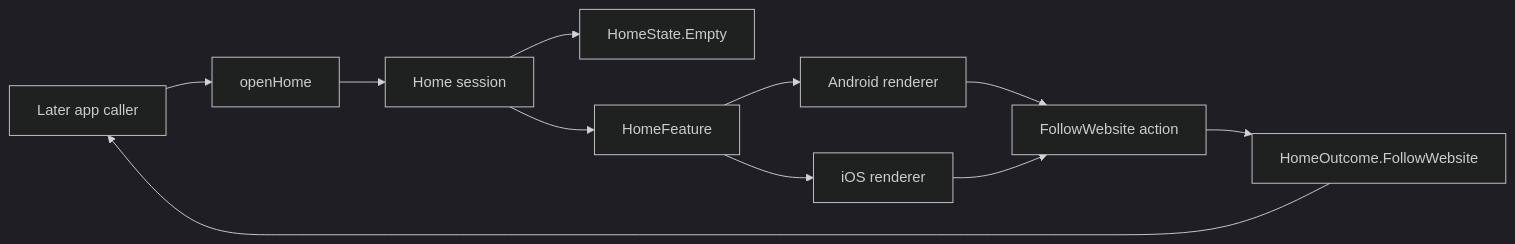
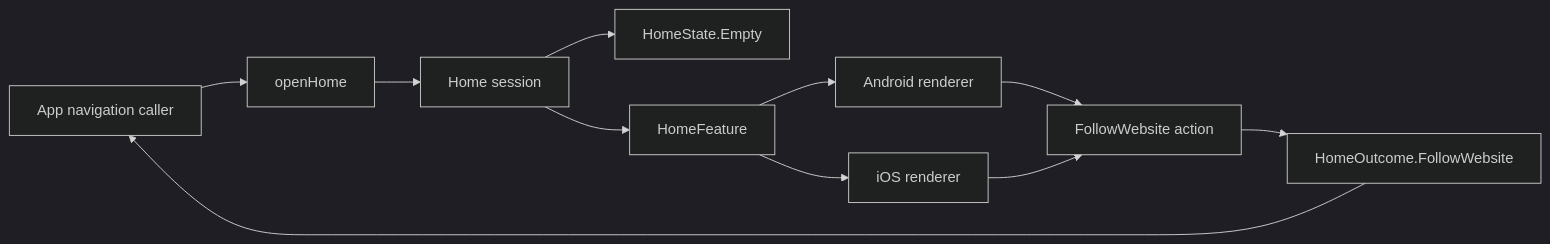
One commit to Smponi/kmpRSS changed the diagram in docs/architecture/home-shell-tracer.md. Above: the diagram before and after it, drawn with Mermaid (dark theme). The commit also changed other lines of this file and 9 other files, not shown here.

Commit message:
docs(navigation): record integrated app stack

````diff
--- a/docs/architecture/home-shell-tracer.md
+++ b/docs/architecture/home-shell-tracer.md
@@ -17,13 +17,13 @@
 ```mermaid
 flowchart LR
-    C[Later app caller] --> O[openHome]
+    C[App navigation caller] --> O[openHome]
     O --> H[Home session]
     H --> S[HomeState.Empty]
     H --> F[HomeFeature]
     F --> A[Android renderer]
     F --> I[iOS renderer]
     A --> W[FollowWebsite action]
     I --> W
     W --> R[HomeOutcome.FollowWebsite]
     R --> C
 ```
````
